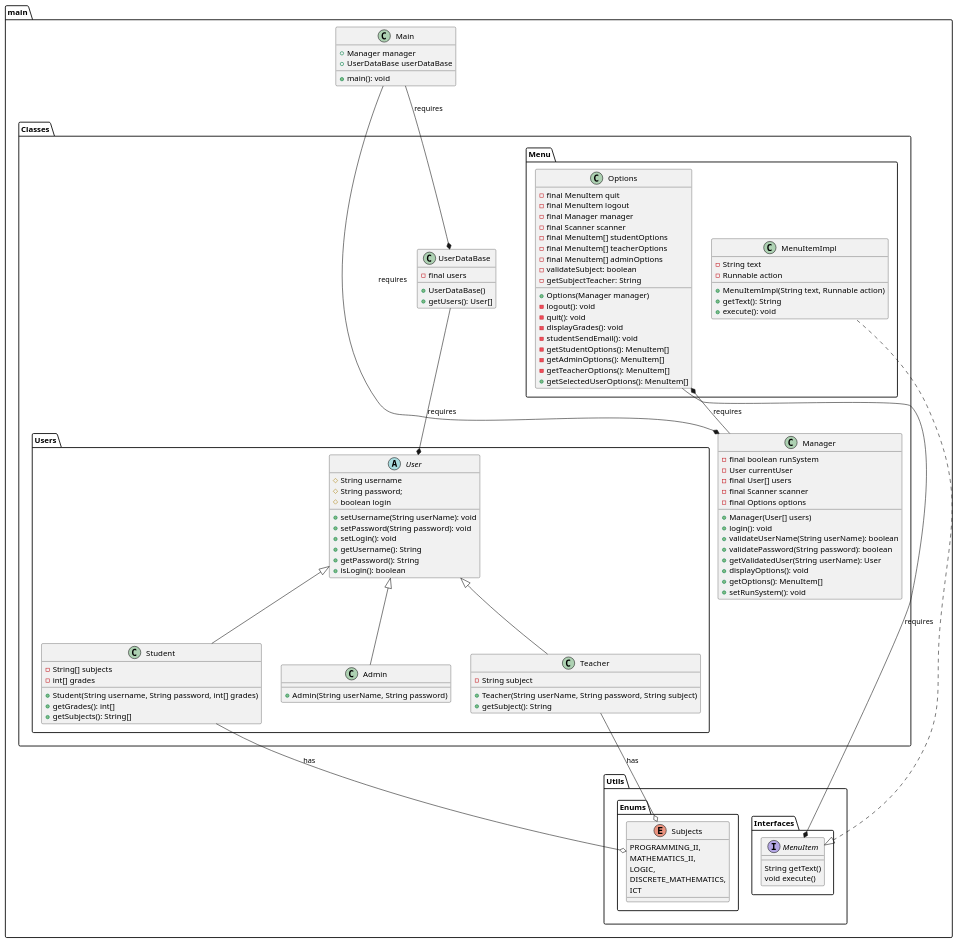
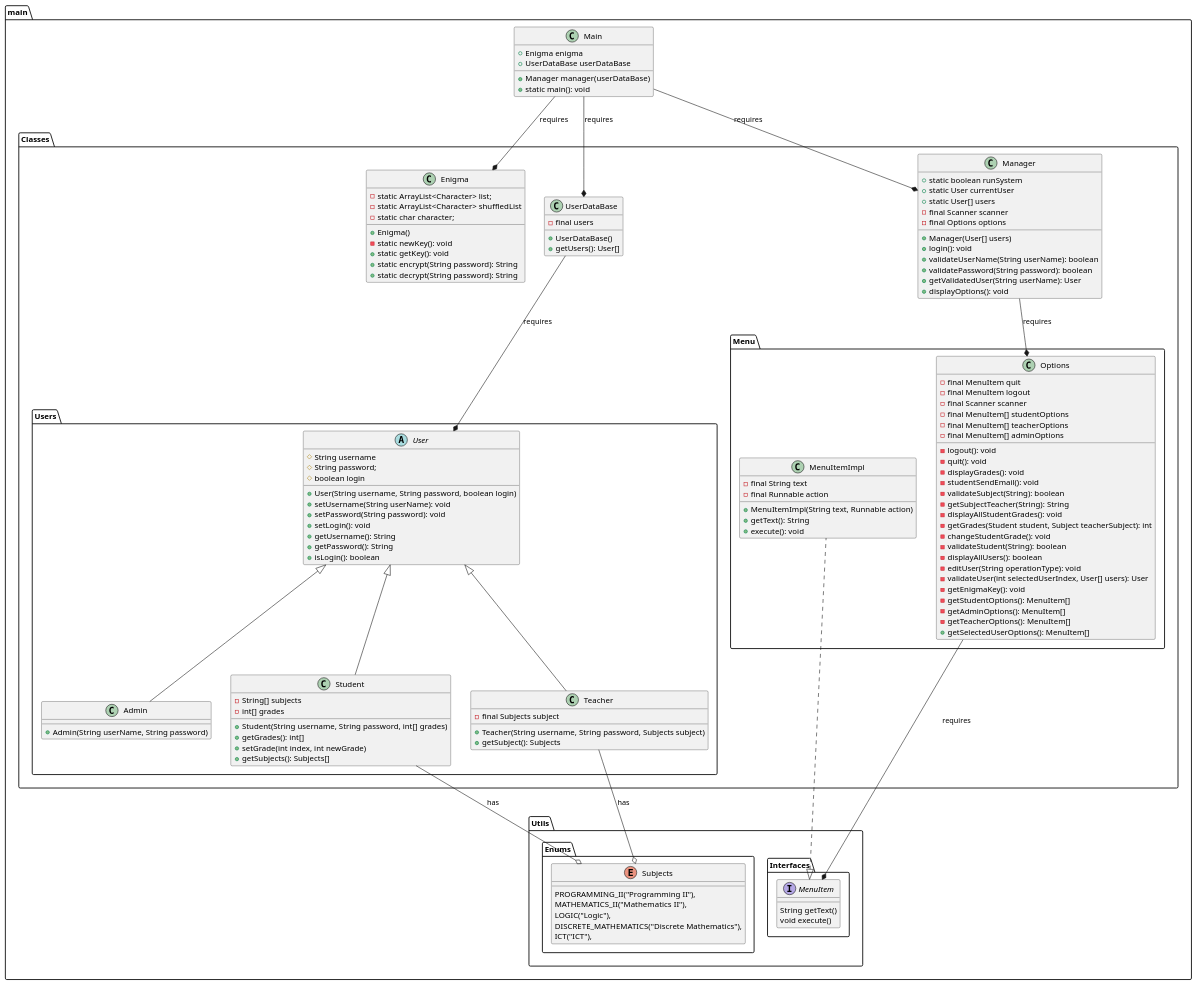
The diagram in ejercicios/entregas/javierCader/EX002UserManagement/docs/Documentation.puml (mmasias/progra2-22-23), drawn with PlantUML before and after one commit. The commit also changed 9 other files, not shown here.

Commit message:
feat(last version untested): Created Enigma Class and Improved Options Menu

```diff
--- a/ejercicios/entregas/javierCader/EX002UserManagement/docs/Documentation.puml
+++ b/ejercicios/entregas/javierCader/EX002UserManagement/docs/Documentation.puml
@@ -1,119 +1,133 @@
 @startuml
 folder main {
     class Main {
-        +Manager manager
+        +Enigma enigma
         +UserDataBase userDataBase
-        +main(): void
+        +Manager manager(userDataBase)
+        +static main(): void
     }
     package Utils {
         package Interfaces {
             interface MenuItem {
                 String getText()
                 void execute()
             }
         }
         package Enums {
             enum Subjects {
-                PROGRAMMING_II,
-                MATHEMATICS_II,
-                LOGIC,
-                DISCRETE_MATHEMATICS,
-                ICT
+                PROGRAMMING_II("Programming II"),
+                MATHEMATICS_II("Mathematics II"),
+                LOGIC("Logic"),
+                DISCRETE_MATHEMATICS("Discrete Mathematics"),
+                ICT("ICT"),
             }
         }
     }
 
     package Classes {
         package Menu {
             class Options {
                 -final MenuItem quit
                 -final MenuItem logout
-                -final Manager manager
                 -final Scanner scanner
                 -final MenuItem[] studentOptions
                 -final MenuItem[] teacherOptions
                 -final MenuItem[] adminOptions
-                +Options(Manager manager)
                 -logout(): void
                 -quit(): void
                 -displayGrades(): void
                 -studentSendEmail(): void
-                -validateSubject: boolean
-                -getSubjectTeacher: String
+                -validateSubject(String): boolean
+                -getSubjectTeacher(String): String
+                -displayAllStudentGrades(): void
+                -getGrades(Student student, Subject teacherSubject): int
+                -changeStudentGrade(): void
+                -validateStudent(String): boolean
+                -displayAllUsers(): boolean
+                -editUser(String operationType): void
+                -validateUser(int selectedUserIndex, User[] users): User
+                -getEnigmaKey(): void
                 -getStudentOptions(): MenuItem[]
                 -getAdminOptions(): MenuItem[]
                 -getTeacherOptions(): MenuItem[]
                 +getSelectedUserOptions(): MenuItem[]
             }
             class MenuItemImpl implements main.Utils.Interfaces.MenuItem {
-                -String text
-                -Runnable action
+                -final String text
+                -final Runnable action
                 +MenuItemImpl(String text, Runnable action)
                 +getText(): String
                 +execute(): void
             }
         }
         package Users {
             abstract class User {
                 #String username
                 #String password;
                 #boolean login
+                +User(String username, String password, boolean login)
                 +setUsername(String userName): void
                 +setPassword(String password): void
                 +setLogin(): void
                 +getUsername(): String
                 +getPassword(): String
                 +isLogin(): boolean
             }
             class Student extends User {
                 -String[] subjects
                 -int[] grades
                 +Student(String username, String password, int[] grades)
                 +getGrades(): int[]
-                +getSubjects(): String[]
+                +setGrade(int index, int newGrade)
+                +getSubjects(): Subjects[]
             }
             class Teacher extends User {
-                -String subject
-                +Teacher(String userName, String password, String subject)
-                +getSubject(): String
+                -final Subjects subject
+                +Teacher(String username, String password, Subjects subject)
+                +getSubject(): Subjects
             }
             class Admin extends User {
                 +Admin(String userName, String password)
             }
         }
+        class Enigma {
+            -static ArrayList<Character> list;
+            -static ArrayList<Character> shuffledList
+            -static char character;
+            +Enigma()
+            -static newKey(): void
+            +static getKey(): void
+            +static encrypt(String password): String
+            +static decrypt(String password): String
+        }
+
         class Manager {
-            -final boolean runSystem
-            -User currentUser
-            -final User[] users
+            +static boolean runSystem
+            +static User currentUser
+            +static User[] users
             -final Scanner scanner
             -final Options options
             +Manager(User[] users)
             +login(): void
             +validateUserName(String userName): boolean
             +validatePassword(String password): boolean
             +getValidatedUser(String userName): User
             +displayOptions(): void
-            +getOptions(): MenuItem[]
-            +setRunSystem(): void
         }
         class UserDataBase {
             -final users
             +UserDataBase()
             +getUsers(): User[]
         }
-
-
     }
     Main --*  Manager : requires
     Main --*  UserDataBase : requires
+    Main --*  Enigma : requires
     UserDataBase --*  User : requires
     Student --o main.Utils.Enums.Subjects : has
     Teacher --o main.Utils.Enums.Subjects : has
-    Options *--  Manager : requires
+    Manager --* Options : requires
     Options --*  main.Utils.Interfaces.MenuItem : requires
-
-
-
 }
 
 @enduml
```
